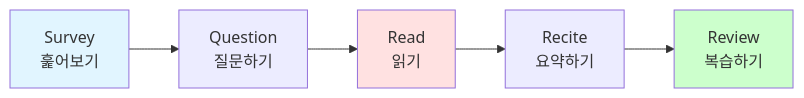
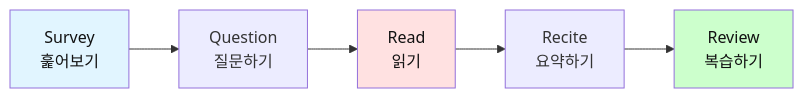
The ninth of 12 diagrams in 영어_독해/03_논문_독해_패턴.md (Collegenie-X/AI-English), drawn with Mermaid before and after one commit. The commit also changed other lines of this file and 26 other files, not shown here.

````diff
--- a/영어_독해/03_논문_독해_패턴.md
+++ b/영어_독해/03_논문_독해_패턴.md
@@ -431,11 +502,11 @@
 ```mermaid
 flowchart LR
     A[Survey<br/>훑어보기] --> B[Question<br/>질문하기]
     B --> C[Read<br/>읽기]
     C --> D[Recite<br/>요약하기]
     D --> E[Review<br/>복습하기]
     
-    style A fill:#e1f5ff
-    style C fill:#ffe1e1
-    style E fill:#ccffcc
+    style A fill:#e1f5ff,color:#111
+    style C fill:#ffe1e1,color:#111
+    style E fill:#ccffcc,color:#111
 ```
````
